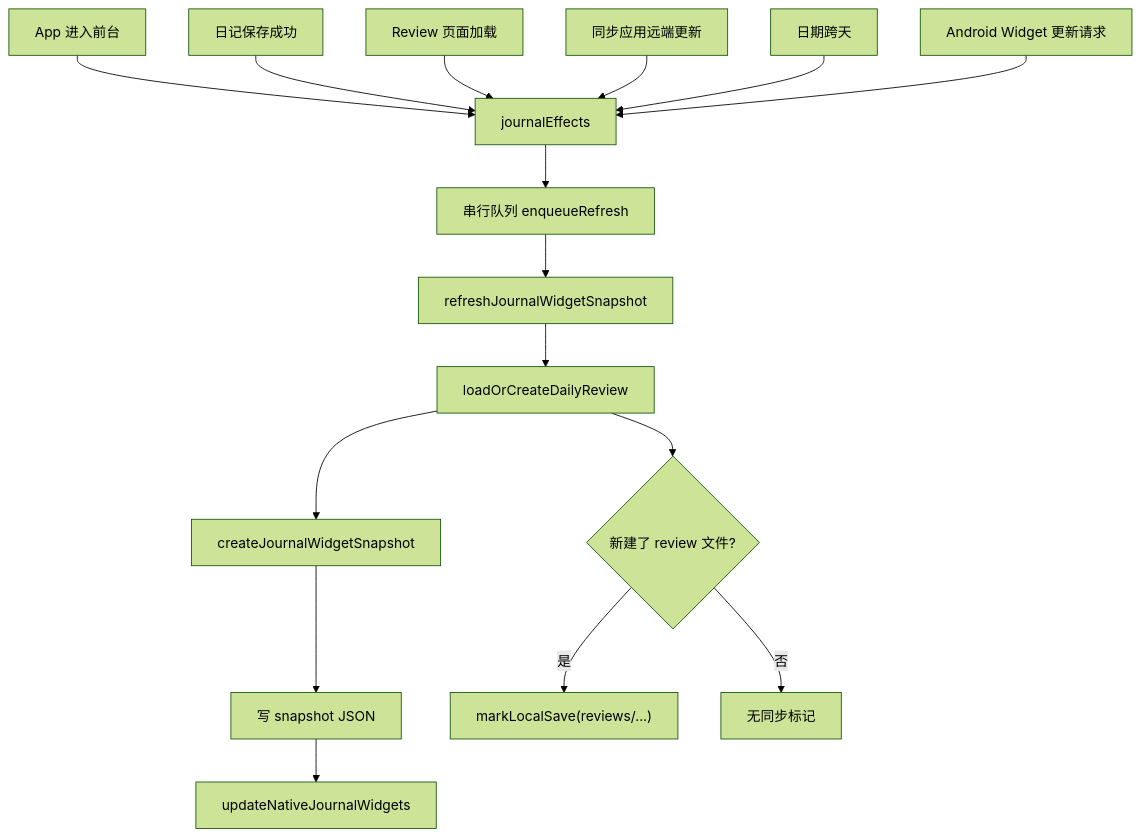
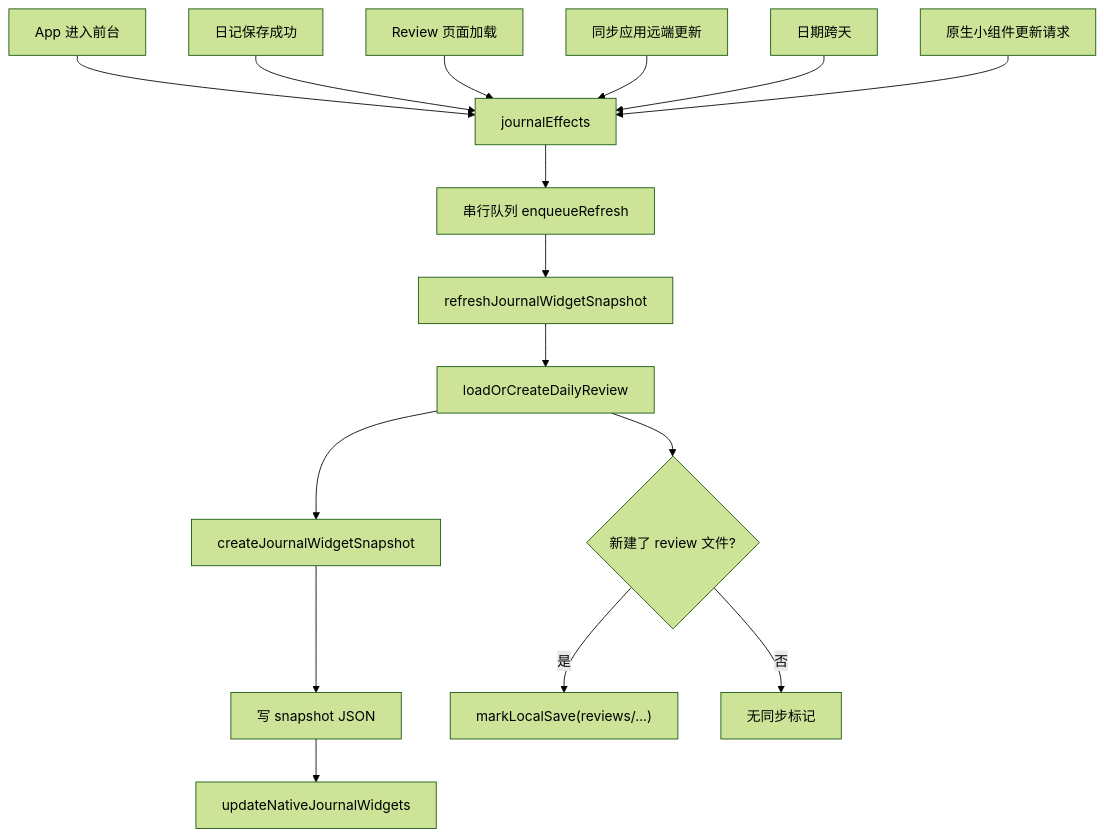
One commit to nazhenhuiyi/journal changed the fourth of 4 diagrams in docs/product/回顾与小组件推荐逻辑.md. Above: the diagram before and after it, drawn with Mermaid (forest theme). The commit also changed other lines of this file and 33 other files, not shown here.

````diff
--- a/docs/product/回顾与小组件推荐逻辑.md
+++ b/docs/product/回顾与小组件推荐逻辑.md
@@ -381,18 +381,18 @@
 ```mermaid
 flowchart TD
   A["App 进入前台"] --> G["journalEffects"]
   B["日记保存成功"] --> G
   C["Review 页面加载"] --> G
   D["同步应用远端更新"] --> G
   E["日期跨天"] --> G
-  F["Android Widget 更新请求"] --> G
+  F["原生小组件更新请求"] --> G
   G --> H["串行队列 enqueueRefresh"]
   H --> I["refreshJournalWidgetSnapshot"]
   I --> J["loadOrCreateDailyReview"]
   J --> K["createJournalWidgetSnapshot"]
   K --> L["写 snapshot JSON"]
   L --> M["updateNativeJournalWidgets"]
   J --> N{"新建了 review 文件?"}
   N -- "是" --> O["markLocalSave(reviews/...)"]
   N -- "否" --> P["无同步标记"]
 ```
````
